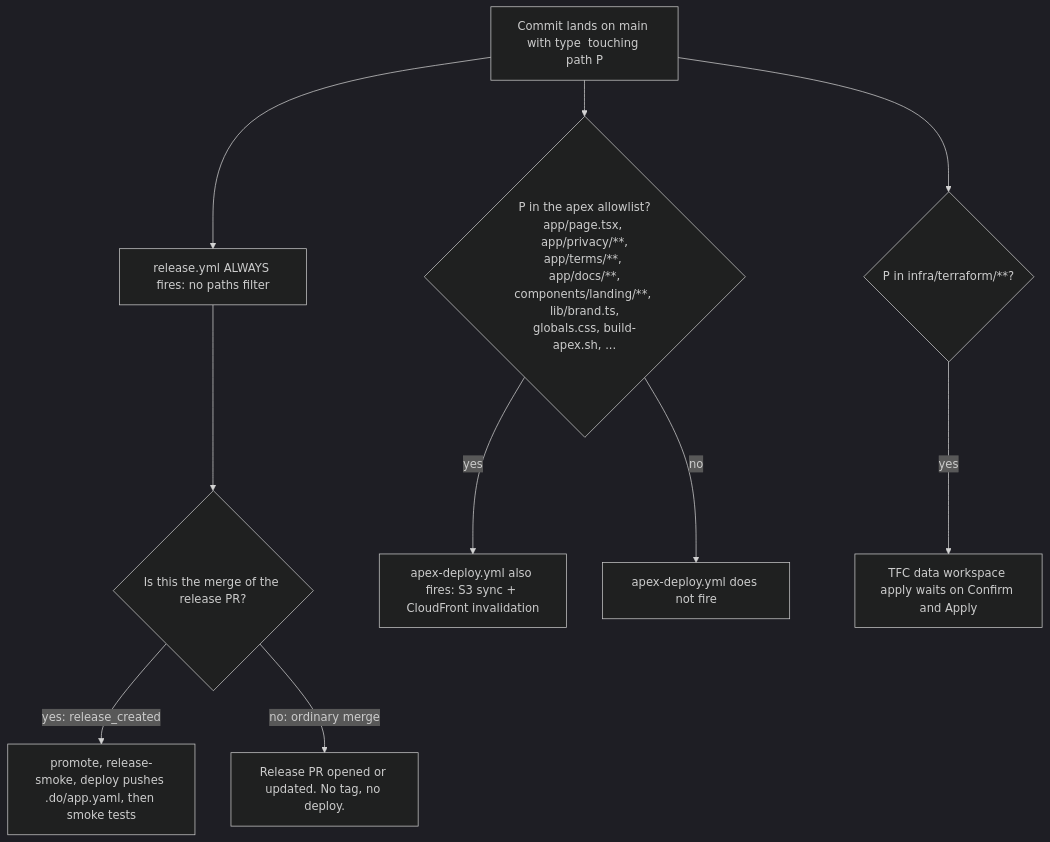
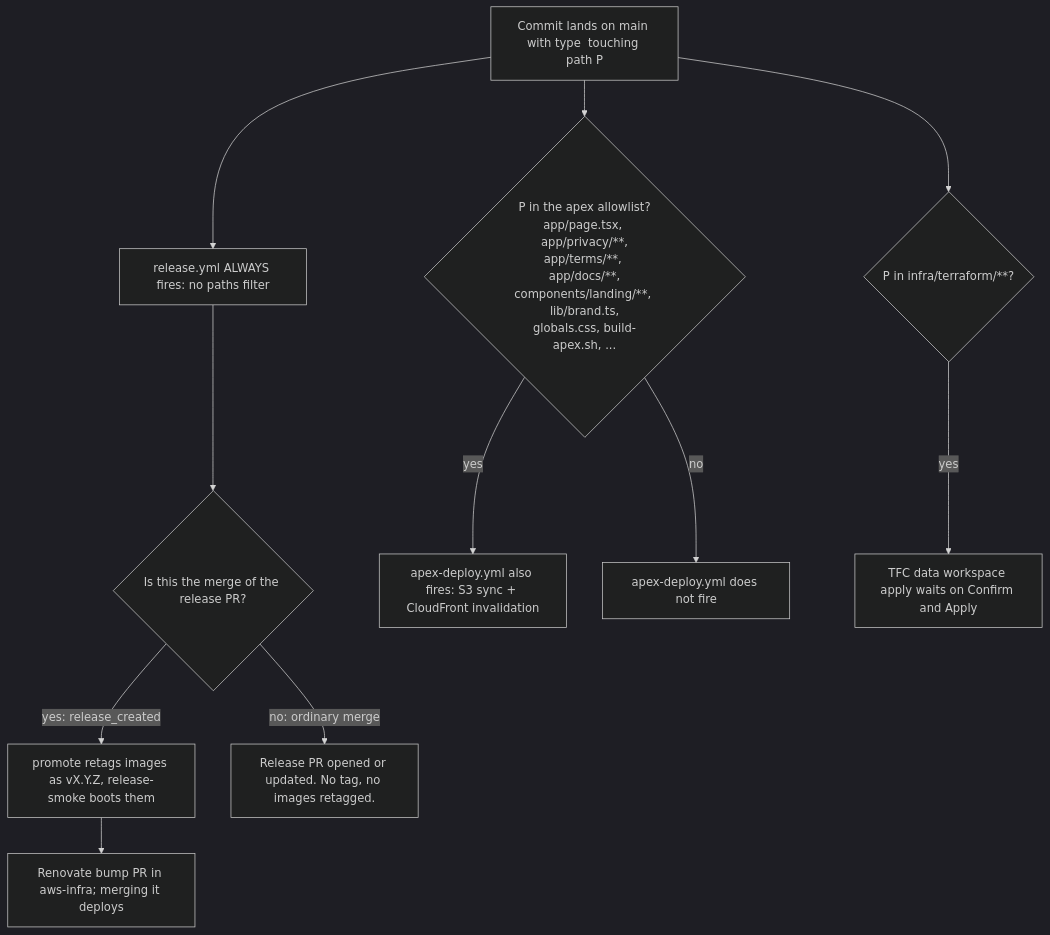
One commit to fjcloudaiconsulting/tbd changed the eighth of 8 diagrams in docs/operations/DEPLOYMENT.md. Above: the diagram before and after it, drawn with Mermaid (dark theme). The commit also changed other lines of this file and 7 other files, not shown here.

First line of the commit message:
ci(release): stop deploying to DigitalOcean and demoting releases (INFRA-44) (#867)

````diff
--- a/docs/operations/DEPLOYMENT.md
+++ b/docs/operations/DEPLOYMENT.md
@@ -770,15 +739,16 @@
 ```mermaid
 flowchart TD
   start[Commit lands on main with type <type> touching path P]
   start --> rel[release.yml ALWAYS fires: no paths filter]
   rel --> semrel{Is this the merge of the release PR?}
-  semrel -- "yes: release_created" --> deploy[promote, release-smoke, deploy pushes .do/app.yaml, then smoke tests]
-  semrel -- "no: ordinary merge" --> noship[Release PR opened or updated. No tag, no deploy.]
+  semrel -- "yes: release_created" --> promote[promote retags images as vX.Y.Z, release-smoke boots them]
+  promote --> bump[Renovate bump PR in aws-infra; merging it deploys]
+  semrel -- "no: ordinary merge" --> noship[Release PR opened or updated. No tag, no images retagged.]
 
   start --> apexq{P in the apex allowlist?<br/>app/page.tsx, app/privacy/**,<br/>app/terms/**, app/docs/**,<br/>components/landing/**, lib/brand.ts,<br/>globals.css, build-apex.sh, ...}
   apexq -- yes --> apex[apex-deploy.yml also fires: S3 sync + CloudFront invalidation]
   apexq -- no --> apexno[apex-deploy.yml does not fire]
 
   start --> tf2{P in infra/terraform/**?}
   tf2 -- yes --> tfpfv[TFC data workspace apply waits on Confirm and Apply]
 ```
````
